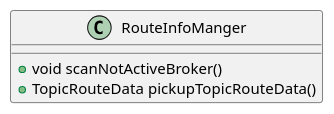
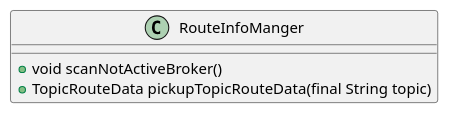
The second of 3 diagrams in NOTES/RocketMq.md (huimin6/huimin6.github.io), drawn with PlantUML before and after one commit. The commit also changed other lines of this file, not shown here.

```diff
--- a/NOTES/RocketMq.md
+++ b/NOTES/RocketMq.md
@@ -36,6 +38,6 @@
 @startuml
 class RouteInfoManger {
 +void scanNotActiveBroker()
-+TopicRouteData pickupTopicRouteData()
++TopicRouteData pickupTopicRouteData(final String topic)
 }
 @enduml
```
